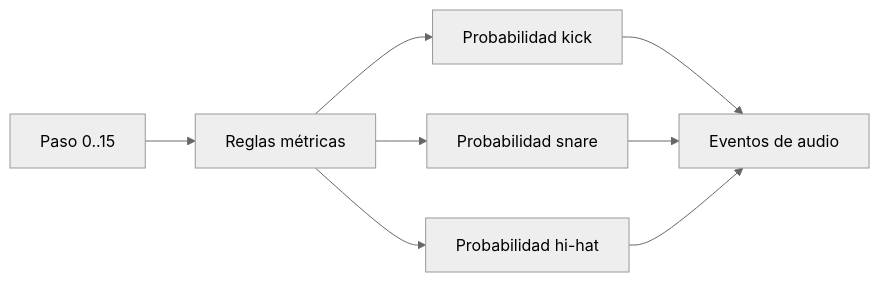
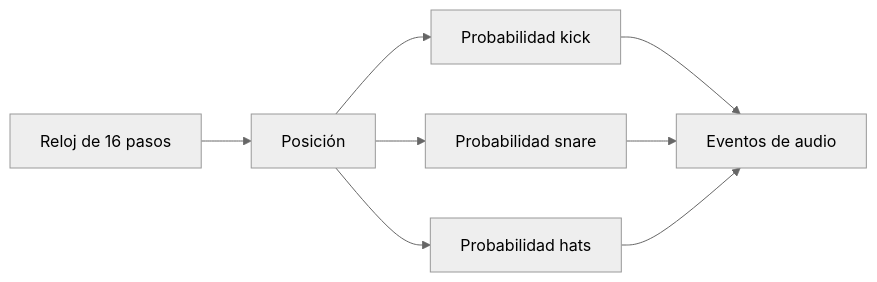
The diagram in hammerspoon/episodes/02-maquina-decide-ritmo/README.md (umarquez/glitxtober-automation-scripts), drawn with Mermaid (neutral theme) before and after one commit. The commit also changed other lines of this file and 34 other files, not shown here.

````diff
--- a/hammerspoon/episodes/02-maquina-decide-ritmo/README.md
+++ b/hammerspoon/episodes/02-maquina-decide-ritmo/README.md
@@ -13,10 +9,10 @@
 ```mermaid
 flowchart LR
-  S[Paso 0..15] --> P[Reglas métricas]
+  C[Reloj de 16 pasos] --> P[Posición]
   P --> K[Probabilidad kick]
-  P --> N[Probabilidad snare]
-  P --> H[Probabilidad hi-hat]
+  P --> S[Probabilidad snare]
+  P --> H[Probabilidad hats]
   K --> A[Eventos de audio]
-  N --> A
+  S --> A
   H --> A
 ```
````
